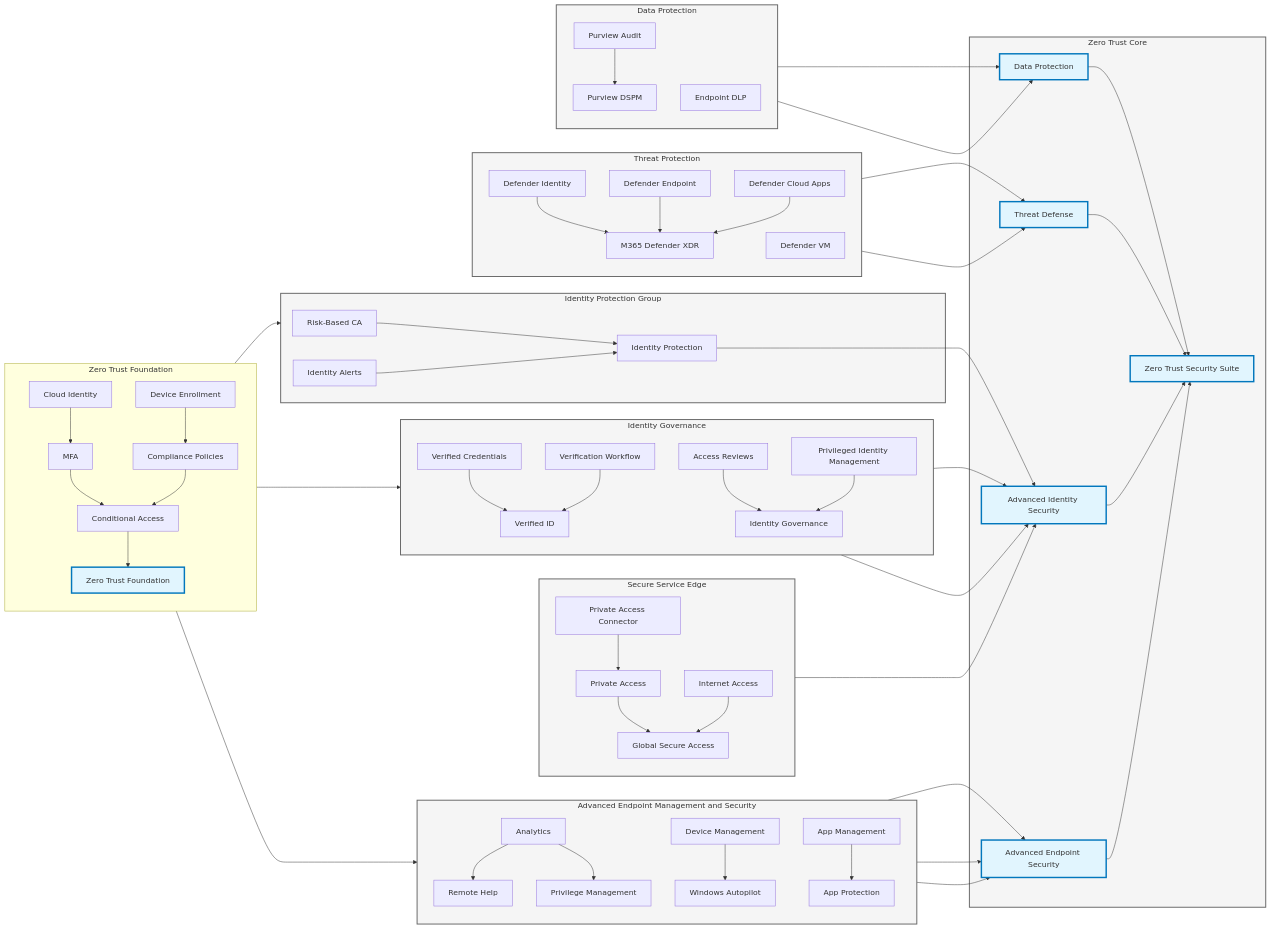
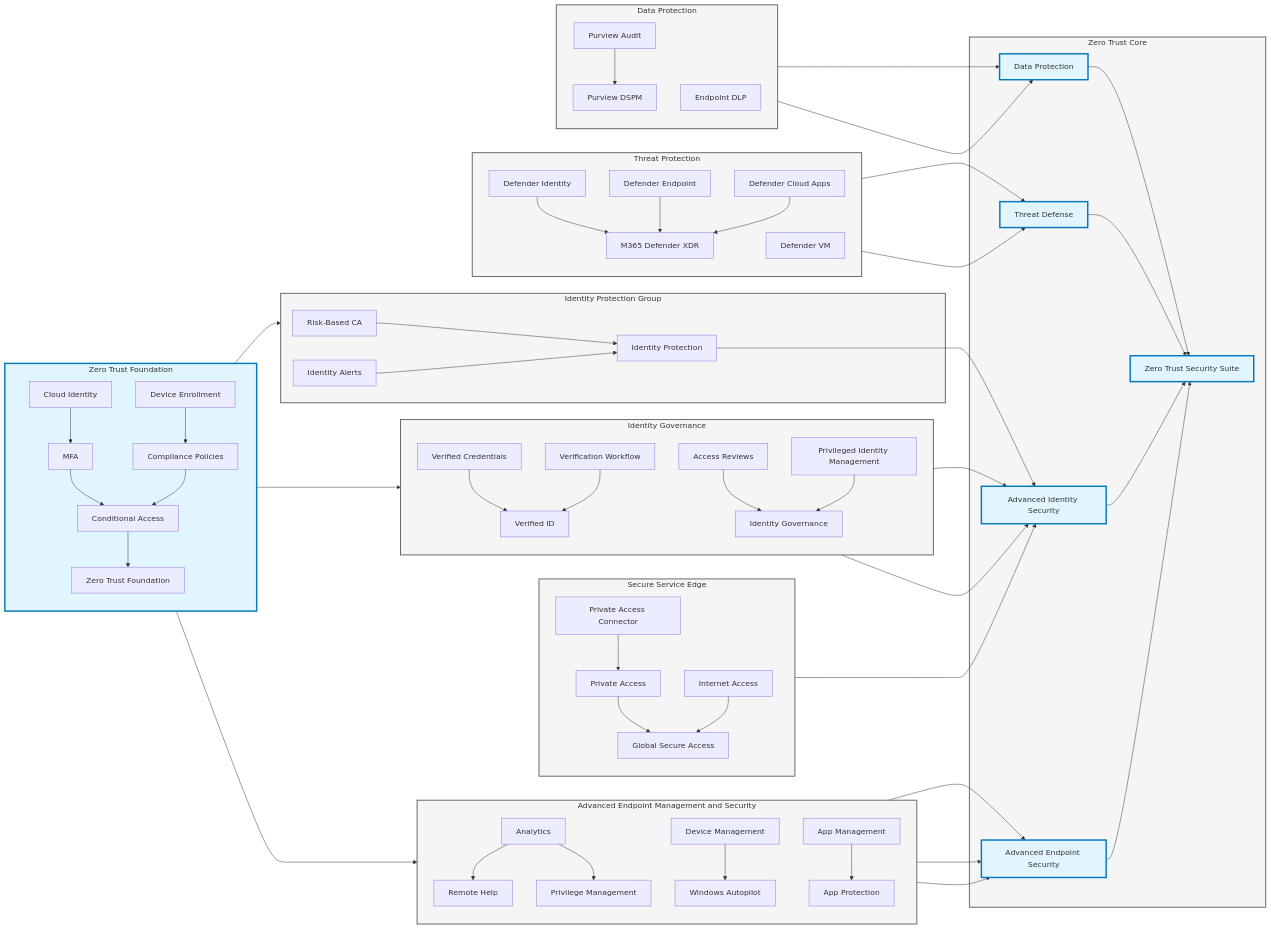
One commit to jessesuna/SecDepGuidance changed the diagram in DetailedDiagram.md. Above: the diagram before and after it, drawn with Mermaid.

````diff
--- a/DetailedDiagram.md
+++ b/DetailedDiagram.md
@@ -175,6 +175,6 @@
 
                 %% Apply styles
                 class Core,DataProtection,ThreatProtection,IdentityProtection,NetworkAccess,IdentityGovernance,EndpointManagement,IdentityProtectiongroup,IdentityGovernance, subgraphStyle
-                class Zero,Foundation,Data,Threats,SecureID,IntuneSuite core
+                class Zero,Foundationcomponents,Data,Threats,SecureID,IntuneSuite core
 
 ```
````
